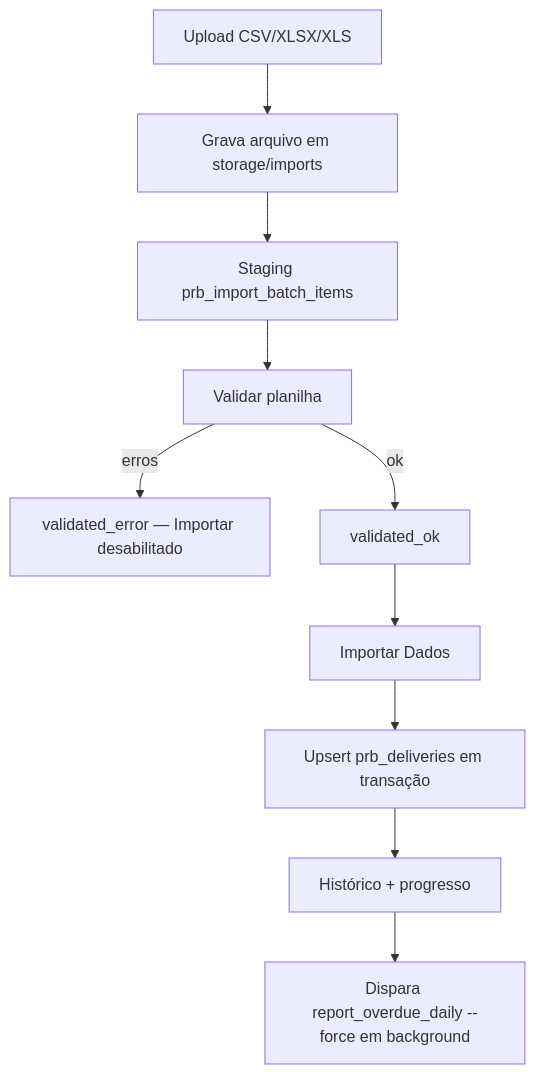
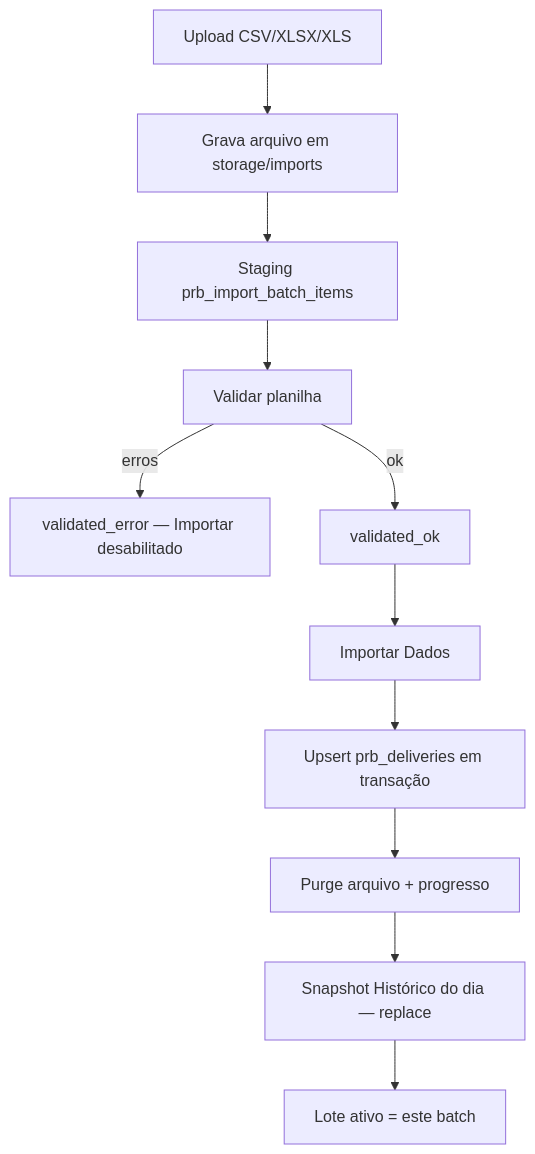
The diagram in docs/importacao-manual-planilha.md (danilomendessanfoneiro-create/portal_bi_tmb), drawn with Mermaid before and after one commit. The commit also changed other lines of this file and 49 other files, not shown here.

First line of the commit message:
feat: lote ativo da planilha, paridade macros e docs VPS

````diff
--- a/docs/importacao-manual-planilha.md
+++ b/docs/importacao-manual-planilha.md
@@ -10,12 +10,13 @@
 ```mermaid
 flowchart TD
   A[Upload CSV/XLSX/XLS] --> B[Grava arquivo em storage/imports]
   B --> C[Staging prb_import_batch_items]
   C --> D[Validar planilha]
   D -->|erros| E[validated_error — Importar desabilitado]
   D -->|ok| F[validated_ok]
   F --> G[Importar Dados]
   G --> H[Upsert prb_deliveries em transação]
-  H --> I[Histórico + progresso]
-  I --> J[Dispara report_overdue_daily --force em background]
+  H --> I[Purge arquivo + progresso]
+  I --> J[Snapshot Histórico do dia — replace]
+  J --> K[Lote ativo = este batch]
 ```
````
